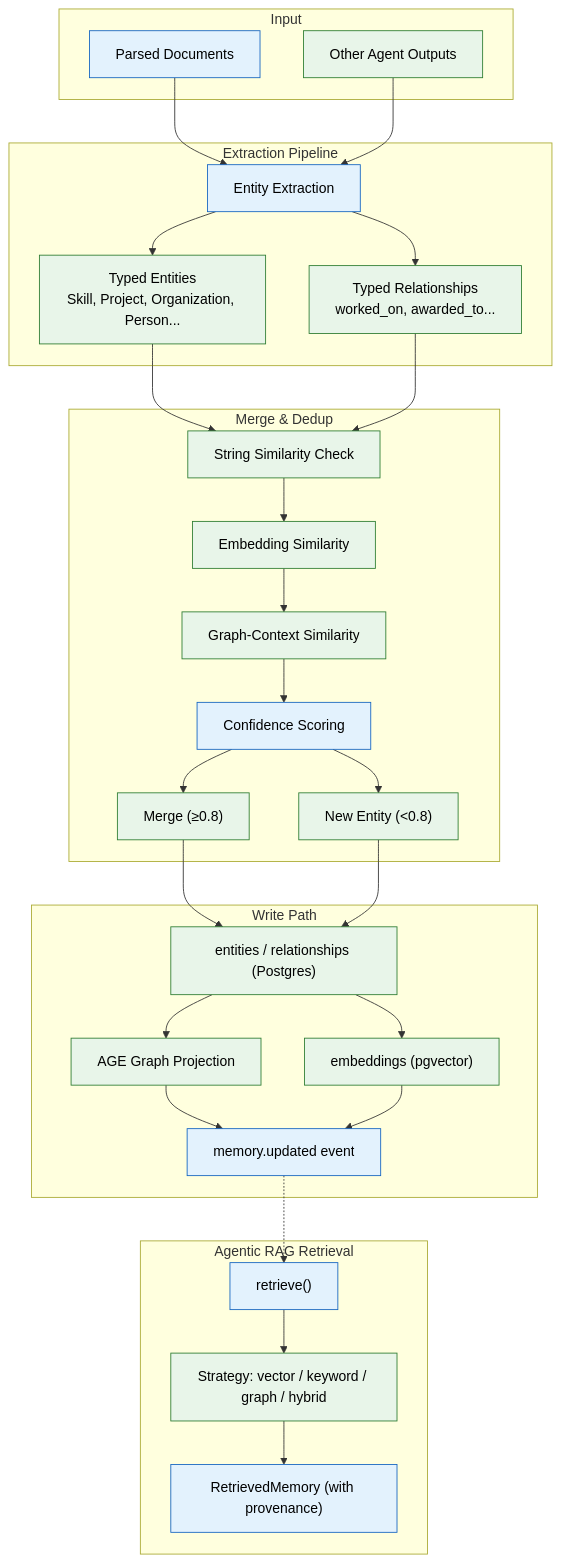
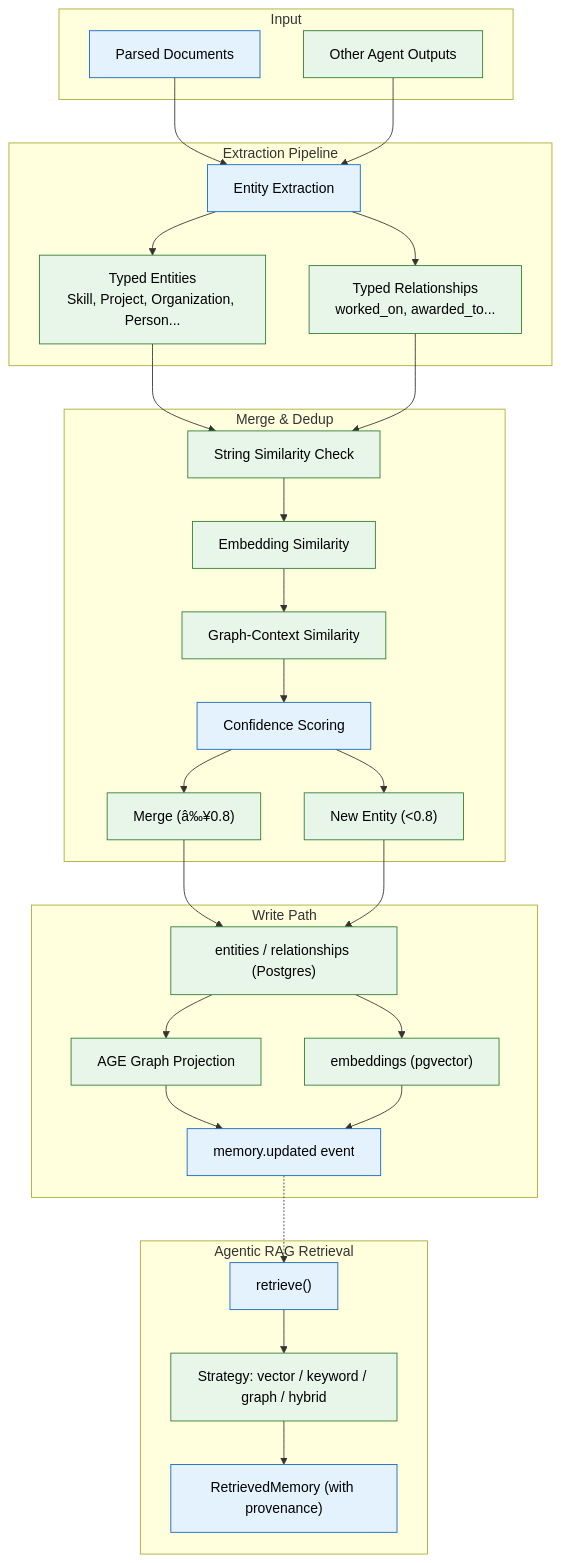
Before and after one commit to Driftloom/Vaeloom: the diagram in Docs/Engineering/Implementation/04-memory-system.md, drawn with Mermaid. The commit also changed other lines of this file and 249 other files, not shown here.

````diff
--- a/Docs/Engineering/Implementation/04-memory-system.md
+++ b/Docs/Engineering/Implementation/04-memory-system.md
@@ -26,59 +26,59 @@
 ```mermaid
 graph TD
     classDef primary fill:#e3f2fd,stroke:#1565c0,color:#000
     classDef secondary fill:#e8f5e9,stroke:#2e7d32,color:#000
 
     subgraph Input["Input"]
         PARSED["Parsed Documents"]:::primary
         AGENT_OUT["Other Agent Outputs"]:::secondary
     end
 
     subgraph Extraction["Extraction Pipeline"]
         EXTRACT["Entity Extraction"]:::primary
         TYPES["Typed Entities<br/>Skill, Project, Organization, Person..."]:::secondary
         RELS["Typed Relationships<br/>worked_on, awarded_to..."]:::secondary
     end
 
     subgraph Merge["Merge & Dedup"]
         MATCH["String Similarity Check"]:::secondary
         EMBED_SIM["Embedding Similarity"]:::secondary
         GRAPH_SIM["Graph-Context Similarity"]:::secondary
         CONF["Confidence Scoring"]:::primary
-        MERGE["Merge (≥0.8)"]:::secondary
+        MERGE["Merge (â‰¥0.8)"]:::secondary
         NEW["New Entity (<0.8)"]:::secondary
     end
 
     subgraph Write["Write Path"]
         ENT_WRITE["entities / relationships (Postgres)"]:::secondary
         AGE["AGE Graph Projection"]:::secondary
         VEC["embeddings (pgvector)"]:::secondary
         EVENT_MEM["memory.updated event"]:::primary
     end
 
     subgraph Read["Agentic RAG Retrieval"]
         RET["retrieve()"]:::primary
         STRAT["Strategy: vector / keyword / graph / hybrid"]:::secondary
         RESULT["RetrievedMemory (with provenance)"]:::primary
     end
 
     PARSED --> EXTRACT
     AGENT_OUT --> EXTRACT
     EXTRACT --> TYPES
     EXTRACT --> RELS
     TYPES --> MATCH
     RELS --> MATCH
     MATCH --> EMBED_SIM
     EMBED_SIM --> GRAPH_SIM
     GRAPH_SIM --> CONF
     CONF --> MERGE
     CONF --> NEW
     MERGE --> ENT_WRITE
     NEW --> ENT_WRITE
     ENT_WRITE --> AGE
     ENT_WRITE --> VEC
     AGE --> EVENT_MEM
     VEC --> EVENT_MEM
     EVENT_MEM -.-> RET
     RET --> STRAT
     STRAT --> RESULT
 ```
````
